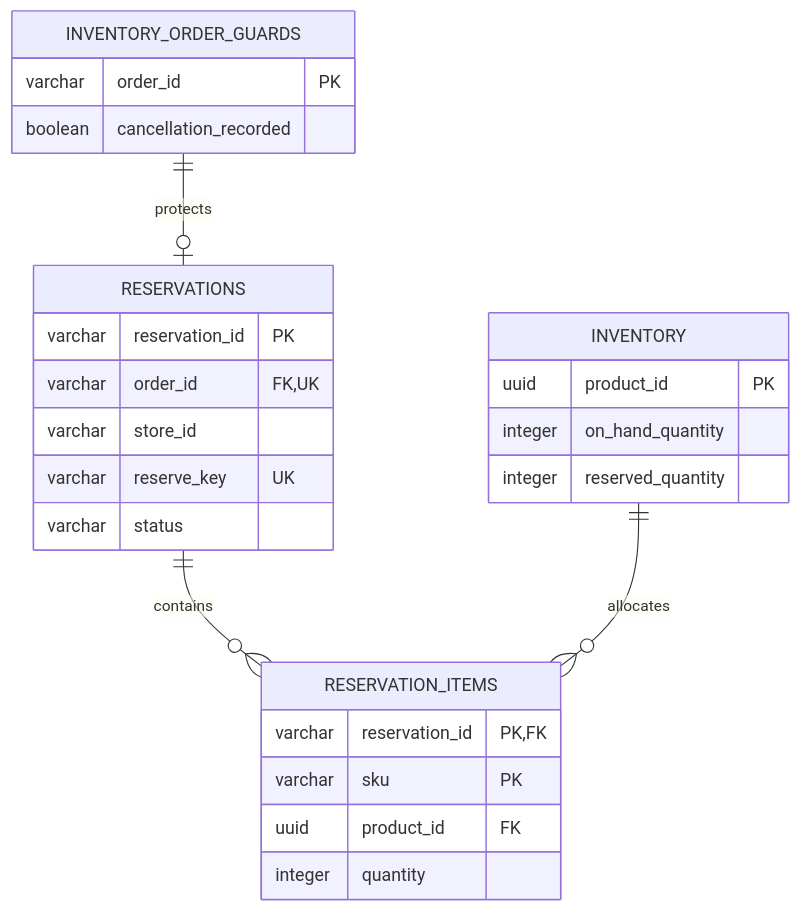
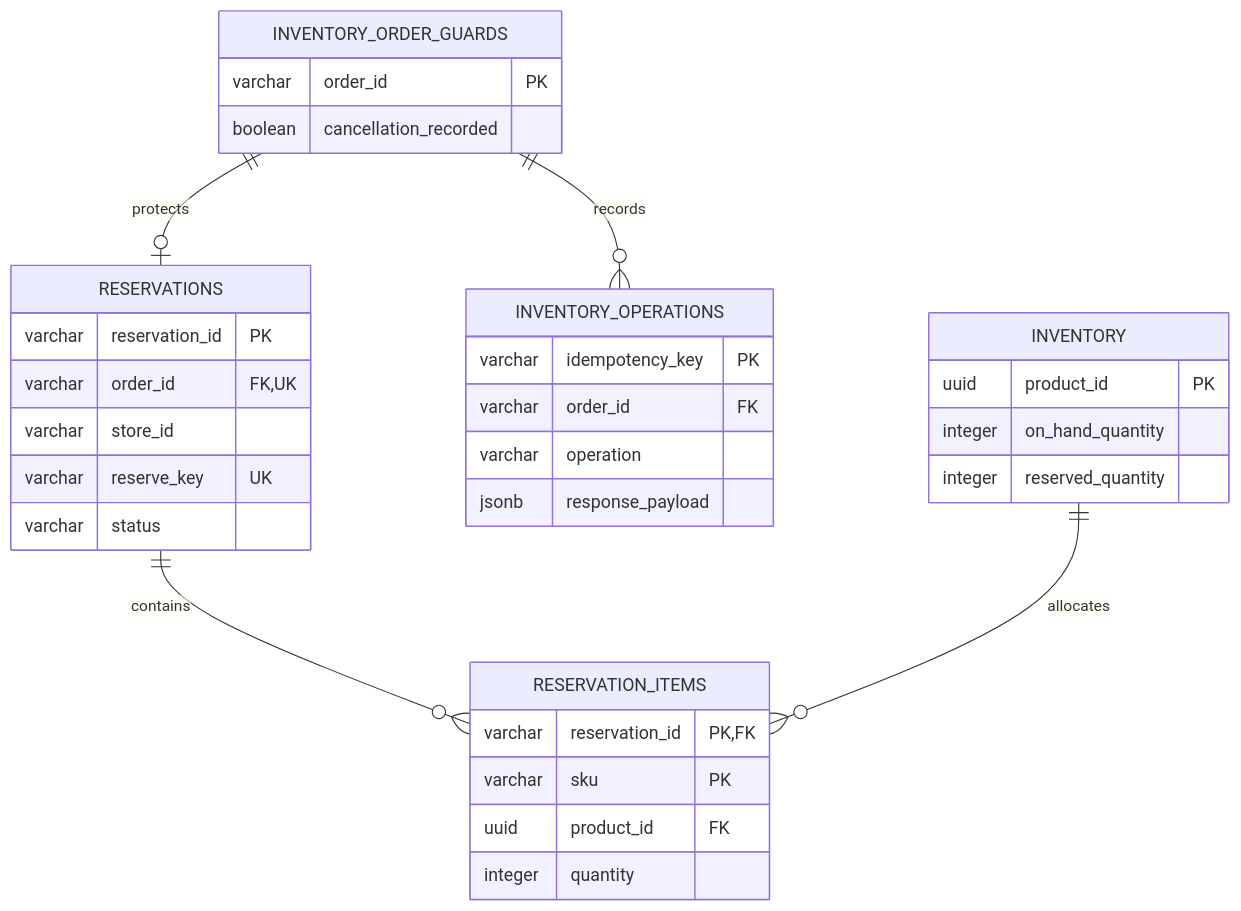
One commit to nguyenthihuyenlinh236/SE2026-T02-Resilient-Order-Workflow changed the second of 3 diagrams in docs/architecture/15-database-design.md. Above: the diagram before and after it, drawn with Mermaid. The commit also changed other lines of this file, not shown here.

Commit message:
docs(db): mô tả bảng inventory_operations và guard theo migration

````diff
--- a/docs/architecture/15-database-design.md
+++ b/docs/architecture/15-database-design.md
@@ -202,28 +202,35 @@
 ```mermaid
 erDiagram
     INVENTORY_ORDER_GUARDS ||--o| RESERVATIONS : protects
+    INVENTORY_ORDER_GUARDS ||--o{ INVENTORY_OPERATIONS : records
+    INVENTORY_OPERATIONS {
+        varchar idempotency_key PK
+        varchar order_id FK
+        varchar operation
+        jsonb response_payload
+    }
     RESERVATIONS ||--o{ RESERVATION_ITEMS : contains
     INVENTORY ||--o{ RESERVATION_ITEMS : allocates
     INVENTORY_ORDER_GUARDS {
         varchar order_id PK
         boolean cancellation_recorded
     }
     INVENTORY {
         uuid product_id PK
         integer on_hand_quantity
         integer reserved_quantity
     }
     RESERVATIONS {
         varchar reservation_id PK
         varchar order_id FK,UK
         varchar store_id
         varchar reserve_key UK
         varchar status
     }
     RESERVATION_ITEMS {
         varchar reservation_id PK,FK
         varchar sku PK
         uuid product_id FK
         integer quantity
     }
 ```
````
